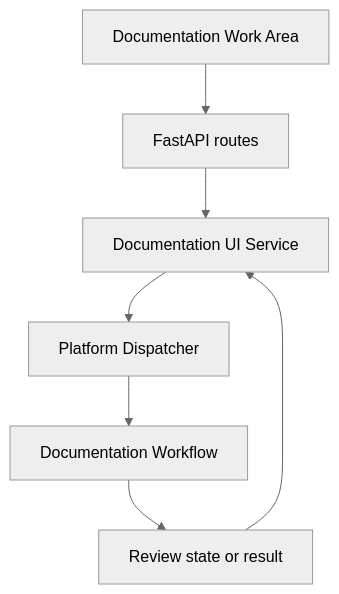
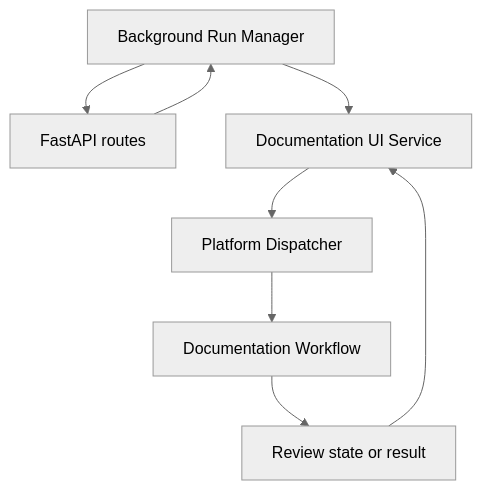
One commit to pgailinas/project0 changed the first of 2 diagrams in docs/documentation-agent/Documentation_Agent_Architecture.md. Above: the diagram before and after it, drawn with Mermaid (neutral theme). The commit also changed other lines of this file and 14 other files, not shown here.

````diff
--- a/docs/documentation-agent/Documentation_Agent_Architecture.md
+++ b/docs/documentation-agent/Documentation_Agent_Architecture.md
@@ -23,9 +23,10 @@
 ```mermaid
 flowchart TD
     B["Documentation Work Area"] --> R["FastAPI routes"]
-    R --> U["Documentation UI Service"]
+    R --> B["Background Run Manager"]
+    B --> U["Documentation UI Service"]
     U --> P["Platform Dispatcher"]
     P --> W["Documentation Workflow"]
     W --> S["Review state or result"]
     S --> U
 ```
````
